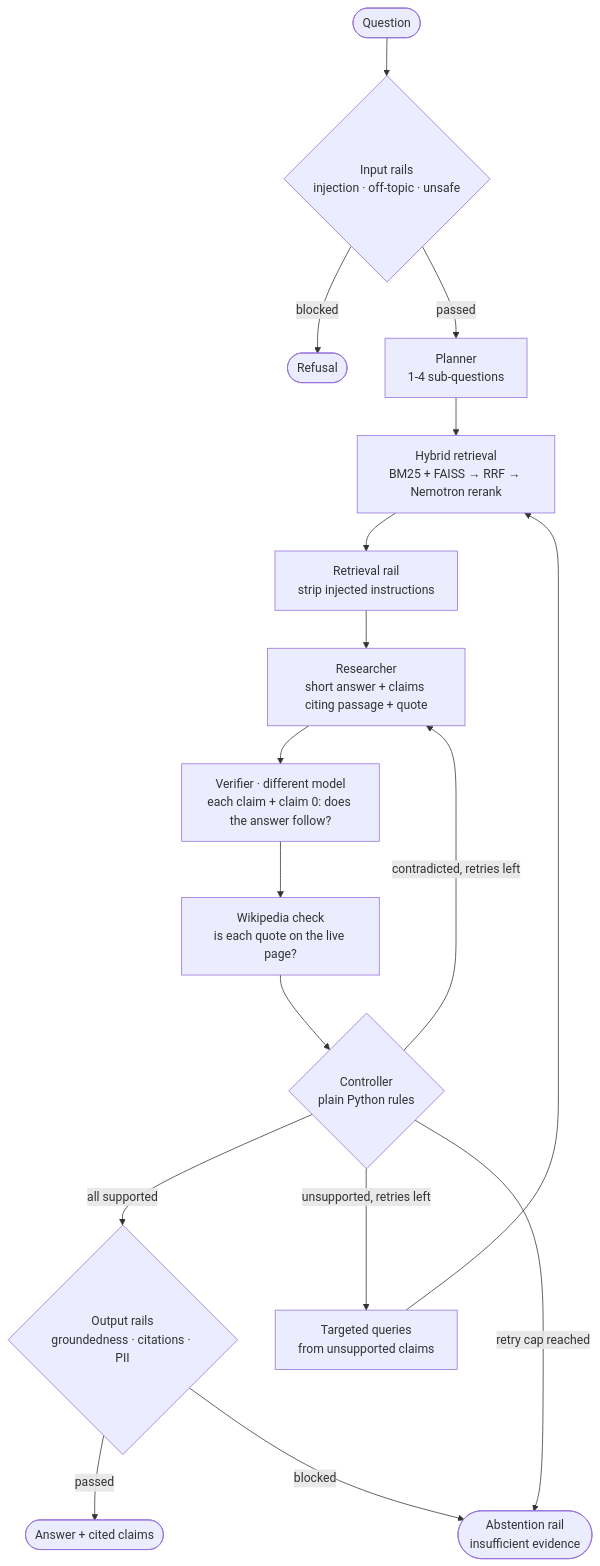
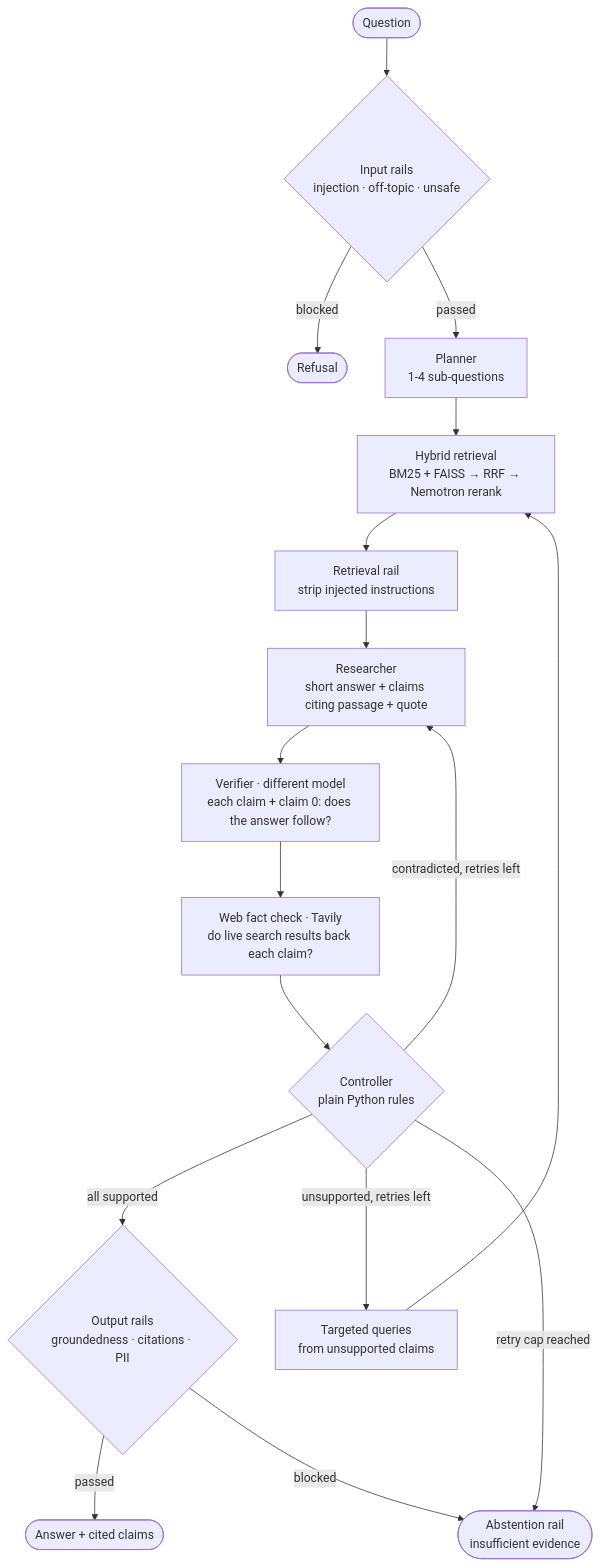
The diagram in README.md (alankudakkad17/Self-correcting-RAG-NeMo-), drawn with Mermaid before and after one commit. The commit also changed other lines of this file and 16 other files, not shown here.

First line of the commit message:
Switch the fact check from Wikipedia to Tavily web search

````diff
--- a/README.md
+++ b/README.md
@@ -13,18 +13,18 @@
 ```mermaid
 flowchart TD
     Q([Question]) --> IR{Input rails<br/>injection · off-topic · unsafe}
     IR -- blocked --> REF([Refusal])
     IR -- passed --> P[Planner<br/>1-4 sub-questions]
     P --> R[Hybrid retrieval<br/>BM25 + FAISS → RRF → Nemotron rerank]
     R --> RR[Retrieval rail<br/>strip injected instructions]
     RR --> RS[Researcher<br/>short answer + claims citing passage + quote]
     RS --> V[Verifier · different model<br/>each claim + claim 0: does the answer follow?]
-    V --> W[Wikipedia check<br/>is each quote on the live page?]
+    V --> W[Web fact check · Tavily<br/>do live search results back each claim?]
     W --> C{Controller<br/>plain Python rules}
     C -- all supported --> OR{Output rails<br/>groundedness · citations · PII}
     C -- unsupported, retries left --> TQ[Targeted queries<br/>from unsupported claims] --> R
     C -- contradicted, retries left --> RS
     C -- retry cap reached --> AB([Abstention rail<br/>insufficient evidence])
     OR -- passed --> A([Answer + cited claims])
     OR -- blocked --> AB
 ```
````
